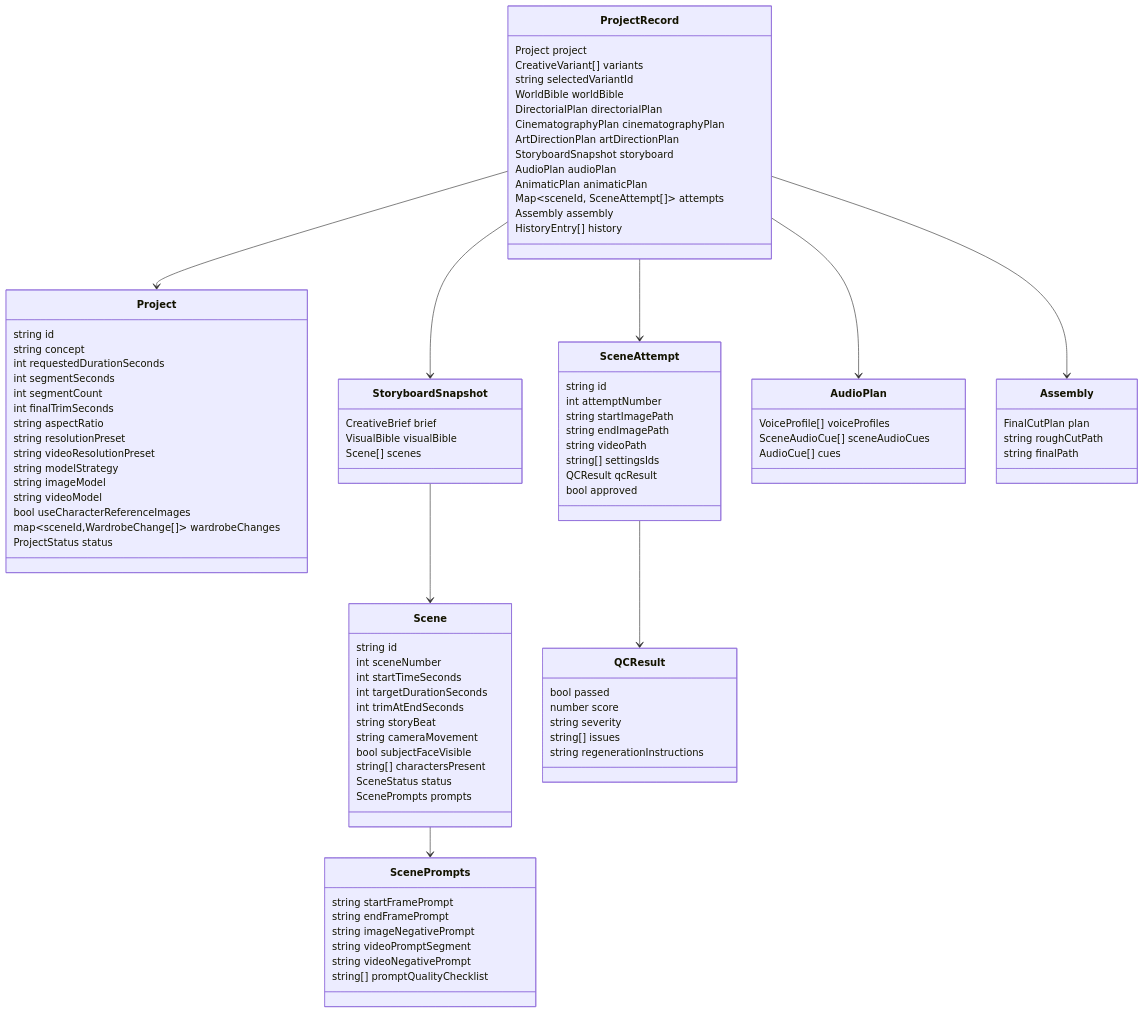
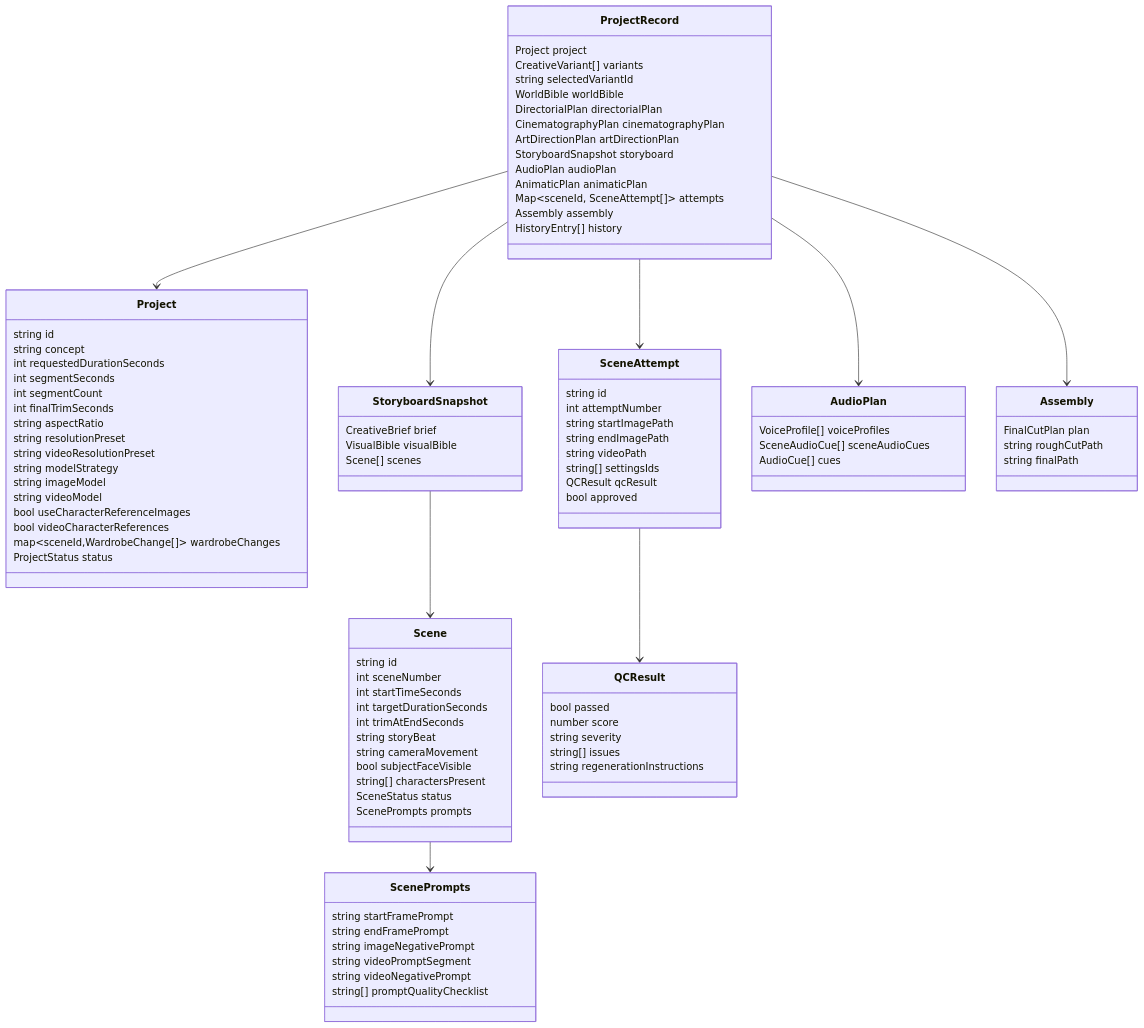
One commit to jamesbas/storyforgeai changed diagram 13 of 19 in docs/architecture.md. Above: the diagram before and after it, drawn with Mermaid. The commit also changed other lines of this file and 9 other files, not shown here.

```diff
--- a/docs/architecture.md
+++ b/docs/architecture.md
@@ -1290,6 +1303,7 @@
         string imageModel
         string videoModel
         bool useCharacterReferenceImages
+        bool videoCharacterReferences
         map~sceneId,WardrobeChange[]~ wardrobeChanges
         ProjectStatus status
     }
```
